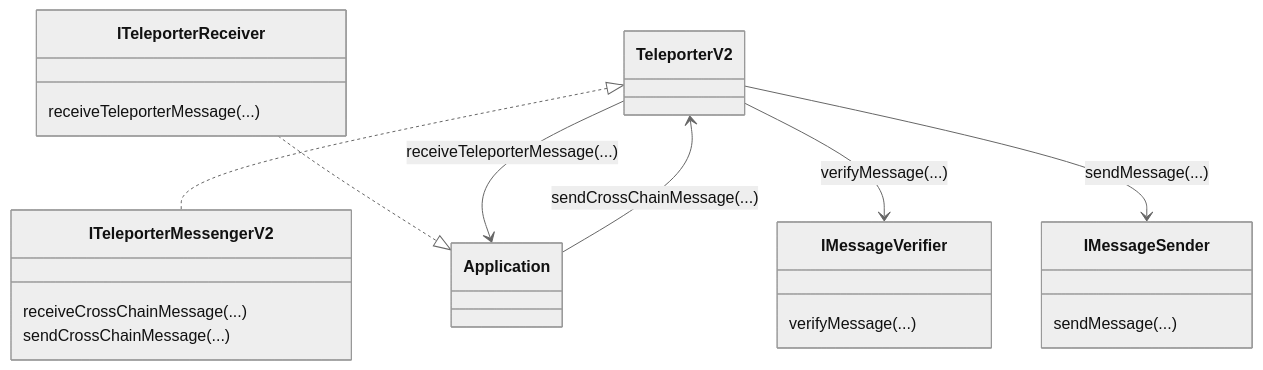
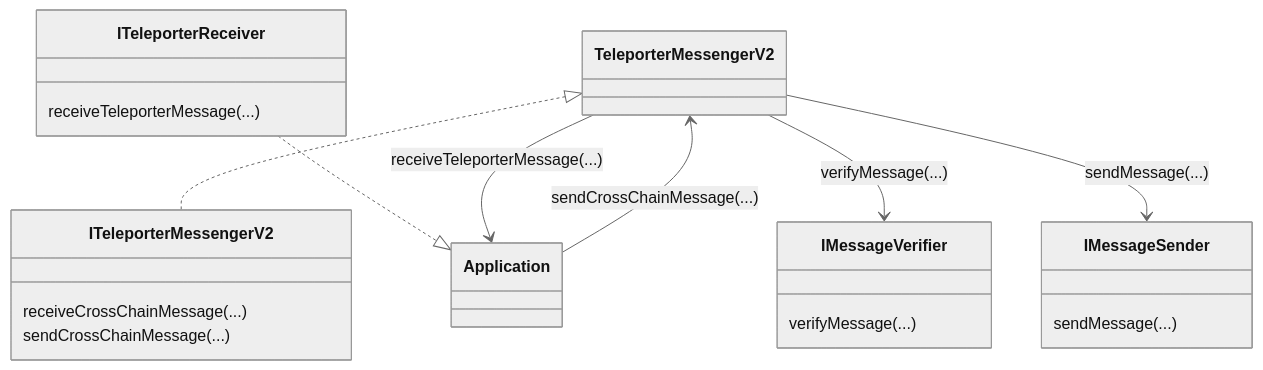
One commit to ava-labs/icm-services changed the first of 3 diagrams in docs/external-interop/teleporter_contracts.md. Above: the diagram before and after it, drawn with Mermaid (neutral theme). The commit also changed other lines of this file and 2 other files, not shown here.

````diff
--- a/docs/external-interop/teleporter_contracts.md
+++ b/docs/external-interop/teleporter_contracts.md
@@ -86,14 +66,14 @@
 ```mermaid
 classDiagram
-  TeleporterV2 <|..	ITeleporterMessengerV2
+  TeleporterMessengerV2 <|..	ITeleporterMessengerV2
 	ITeleporterReceiver..|> Application
 	ITeleporterReceiver: receiveTeleporterMessage(...)
 	ITeleporterMessengerV2: receiveCrossChainMessage(...)
 	ITeleporterMessengerV2: sendCrossChainMessage(...)
-	Application-->TeleporterV2: sendCrossChainMessage(...)
-	TeleporterV2-->Application: receiveTeleporterMessage(...)
-	TeleporterV2-->IMessageVerifier: verifyMessage(...)
-	TeleporterV2-->IMessageSender: sendMessage(...)
+	Application-->TeleporterMessengerV2: sendCrossChainMessage(...)
+	TeleporterMessengerV2-->Application: receiveTeleporterMessage(...)
+	TeleporterMessengerV2-->IMessageVerifier: verifyMessage(...)
+	TeleporterMessengerV2-->IMessageSender: sendMessage(...)
 	IMessageVerifier: verifyMessage(...)
 	IMessageSender: sendMessage(...)
 ```
````
